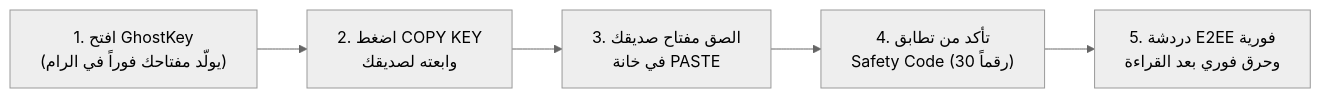
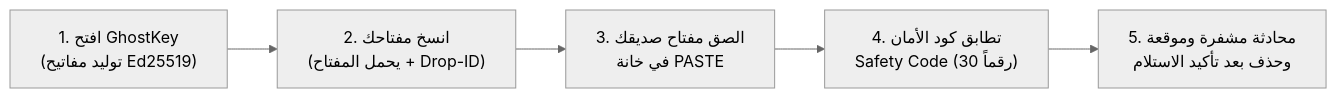
One commit to ahmed-elbasyony123/Anti-jail changed the second of 2 diagrams in README.md. Above: the diagram before and after it, drawn with Mermaid (neutral theme). The commit also changed other lines of this file, not shown here.

Commit message:
docs: update README for protocol v2 architecture, Ed25519, and security audit status

````diff
--- a/README.md
+++ b/README.md
@@ -113,7 +157,7 @@
 ```mermaid
 flowchart LR
-    A["1. افتح GhostKey\n(يولّد مفتاحك فوراً في الرام)"] --> B["2. اضغط COPY KEY\nوابعته لصديقك"]
+    A["1. افتح GhostKey\n(توليد مفاتيح Ed25519)"] --> B["2. انسخ مفتاحك\n(يحمل المفتاح + Drop-ID)"]
     B --> C["3. الصق مفتاح صديقك\nفي خانة PASTE"]
-    C --> D["4. تأكد من تطابق\nSafety Code (30 رقماً)"]
-    D --> E["5. دردشة E2EE فورية\nوحرق فوري بعد القراءة"]
+    C --> D["4. تطابق كود الأمان\nSafety Code (30 رقماً)"]
+    D --> E["5. محادثة مشفرة وموقعة\nوحذف بعد تأكيد الاستلام"]
 ```
````
